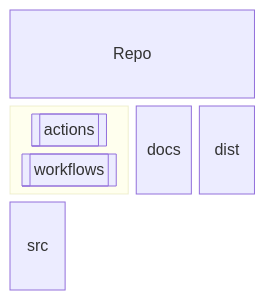
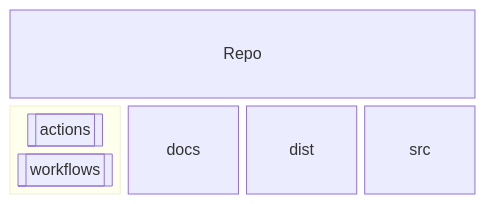
The first of 3 diagrams in README.md (Zheng-Bote/repo-template), drawn with Mermaid before and after one commit. The commit also changed other lines of this file, not shown here.

Commit message:
fix: Mermaid extended

````diff
--- a/README.md
+++ b/README.md
@@ -184,11 +187,11 @@
 ```mermaid
 block-beta
   columns 4
   Repo:4
-  block:group1:2
+  block:group1:1
     columns 1
       id1[["actions"]]
       id2[["workflows"]]
   end
   docs dist src
 ```
````
